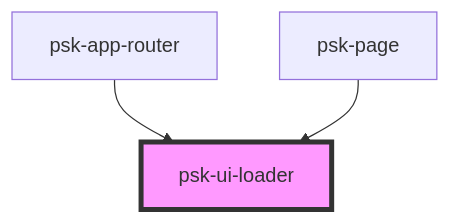
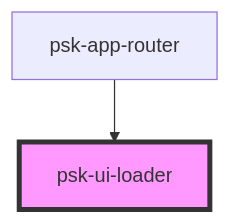
One commit to daniel-visoiu/cardinal changed the diagram in src/components/psk-ui-loader/readme.md. Above: the diagram before and after it, drawn with Mermaid. The commit also changed other lines of this file and 41 other files, not shown here.

````diff
--- a/src/components/psk-ui-loader/readme.md
+++ b/src/components/psk-ui-loader/readme.md
@@ -23,6 +22,5 @@
 ```mermaid
 graph TD;
   psk-app-router --> psk-ui-loader
-  psk-page --> psk-ui-loader
   style psk-ui-loader fill:#f9f,stroke:#333,stroke-width:4px
 ```
````
